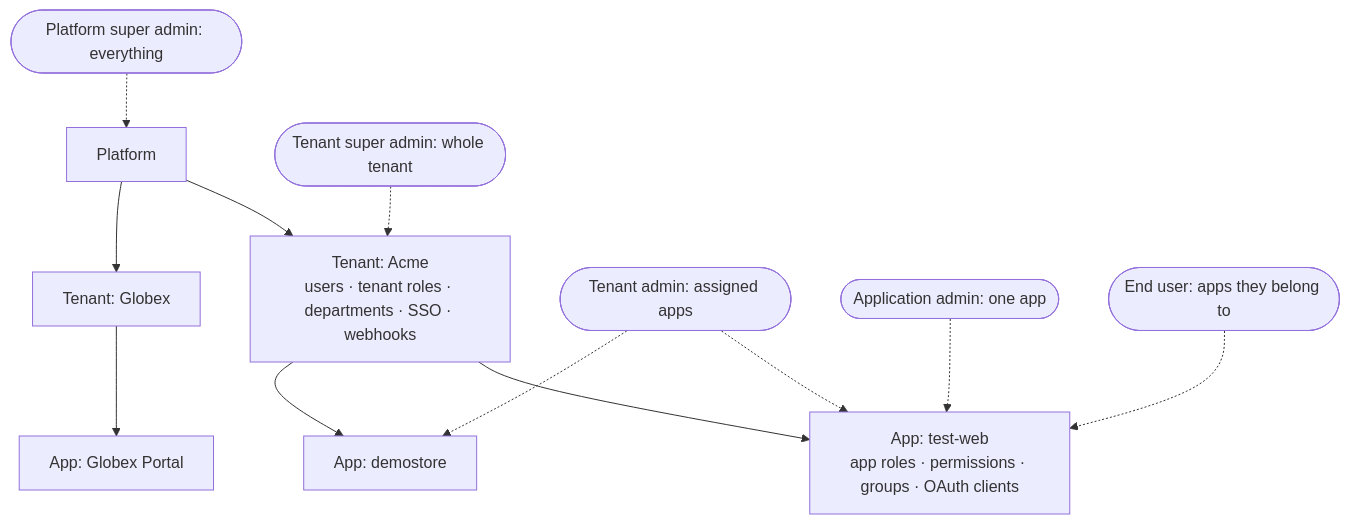
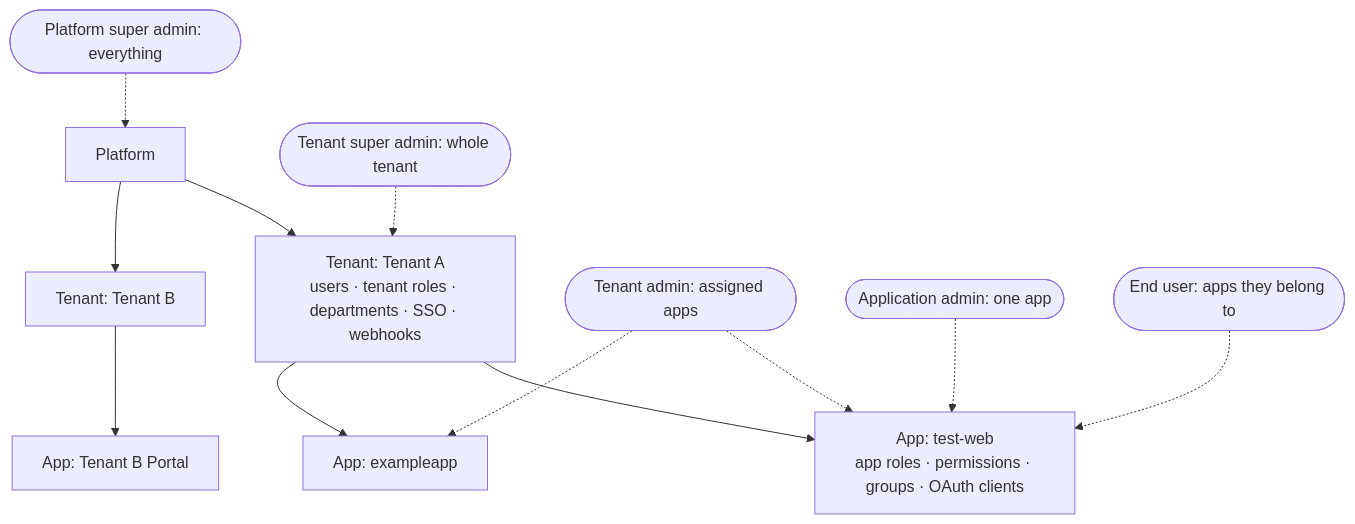
The first of 4 diagrams in docs/25-roles-and-access.md (DTAVS0108/secureon), drawn with Mermaid before and after one commit. The commit also changed other lines of this file and 321 other files, not shown here.

````diff
--- a/docs/25-roles-and-access.md
+++ b/docs/25-roles-and-access.md
@@ -32,14 +32,14 @@
 ```mermaid
 flowchart TB
-  P["Platform"] --> T1["Tenant: Acme<br/>users · tenant roles · departments · SSO · webhooks"]
-  P --> T2["Tenant: Globex"]
+  P["Platform"] --> T1["Tenant: Tenant A<br/>users · tenant roles · departments · SSO · webhooks"]
+  P --> T2["Tenant: Tenant B"]
   T1 --> A1["App: test-web<br/>app roles · permissions · groups · OAuth clients"]
-  T1 --> A2["App: demostore"]
-  T2 --> A3["App: Globex Portal"]
+  T1 --> A2["App: exampleapp"]
+  T2 --> A3["App: Tenant B Portal"]
   SA(["Platform super admin: everything"]) -.-> P
   TSA(["Tenant super admin: whole tenant"]) -.-> T1
   TA(["Tenant admin: assigned apps"]) -.-> A1
   TA -.-> A2
   AA(["Application admin: one app"]) -.-> A1
   EU(["End user: apps they belong to"]) -.-> A1
 ```
````
